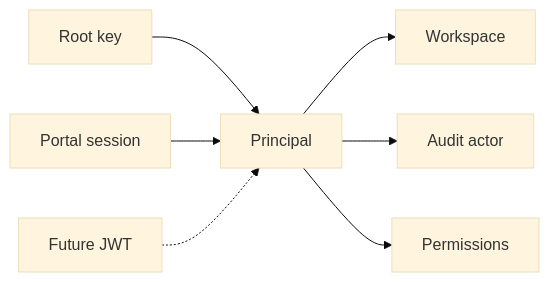
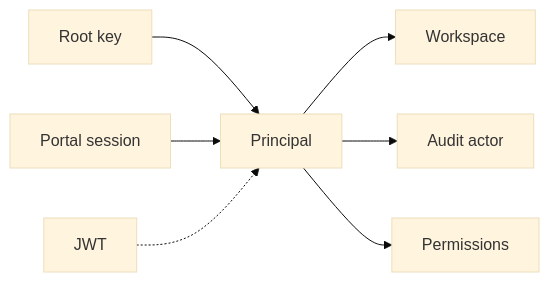
One commit to unkeyed/unkey changed the third of 4 diagrams in docs/engineering/architecture/services/api/api-design/auth.mdx. Above: the diagram before and after it, drawn with Mermaid (base theme). The commit also changed other lines of this file and 338 other files, not shown here.

````diff
--- a/docs/engineering/architecture/services/api/api-design/auth.mdx
+++ b/docs/engineering/architecture/services/api/api-design/auth.mdx
@@ -51,9 +90,9 @@
 ```mermaid
 flowchart LR
     A["Root key"] --> D["Principal"]
     B["Portal session"] --> D
-    C["Future JWT"] -.-> D
+    C["JWT"] -.-> D
     D --> E["Workspace"]
     D --> F["Audit actor"]
     D --> G["Permissions"]
 ```
````
